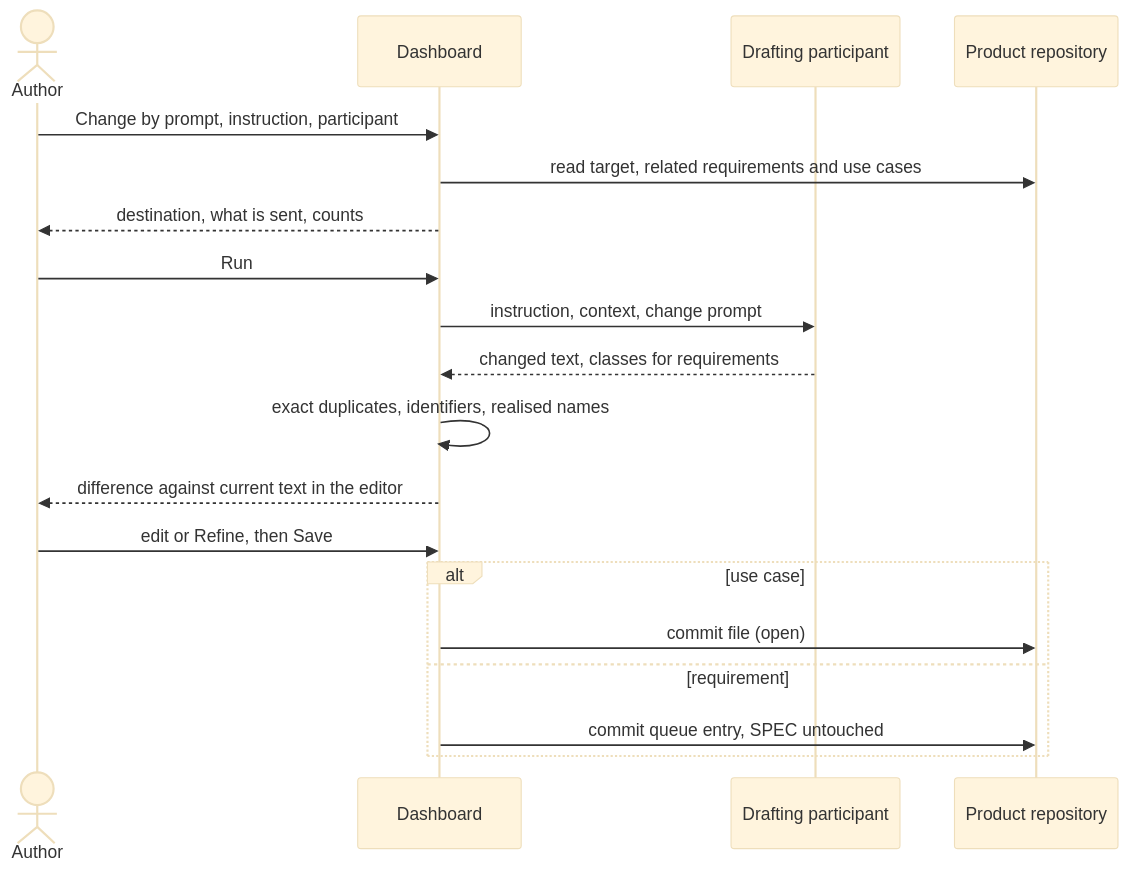
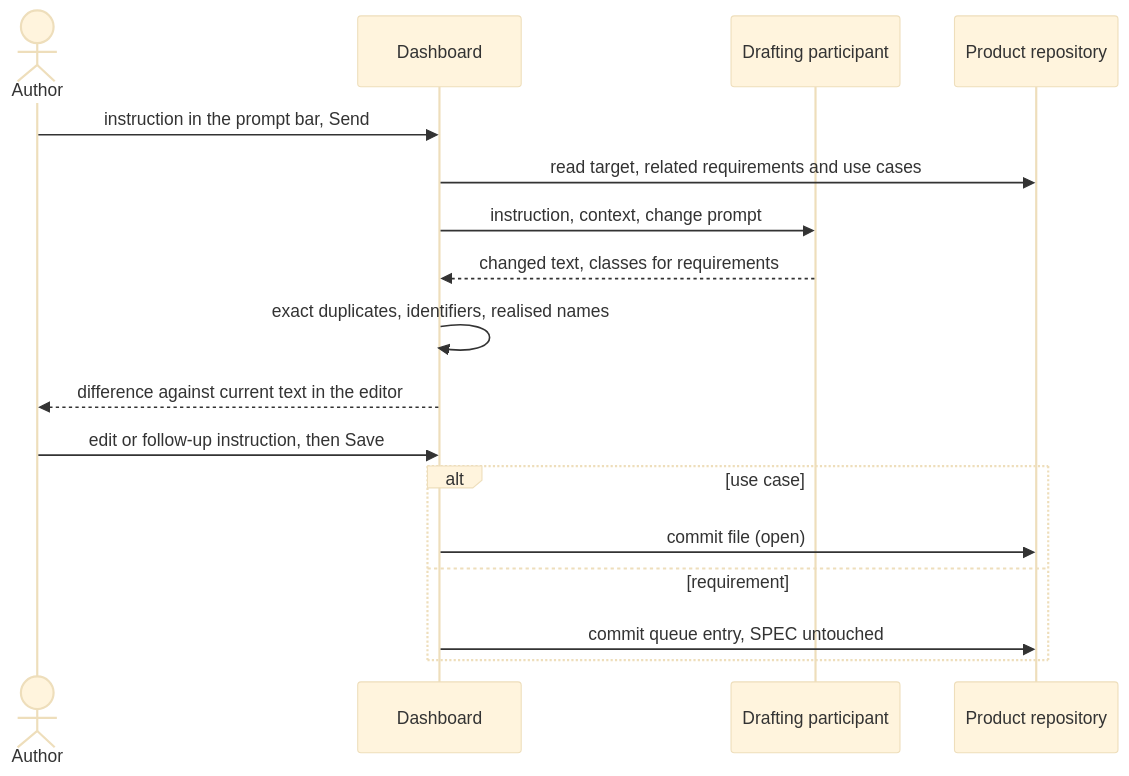
One commit to akmaier/agent-m changed the diagram in docs/use-cases/UC-019-change-a-specification-or-use-case-by-prompt.md. Above: the diagram before and after it, drawn with Mermaid (base theme). The commit also changed other lines of this file and 26 other files, not shown here.

First line of the commit message:
The prompt bar: SPEC queue 2026-10-15, UC-049 and six use cases, for akmaier's acceptance

````diff
--- a/docs/use-cases/UC-019-change-a-specification-or-use-case-by-prompt.md
+++ b/docs/use-cases/UC-019-change-a-specification-or-use-case-by-prompt.md
@@ -116,21 +117,19 @@
 ```mermaid
 sequenceDiagram
     actor A as Author
     participant D as Dashboard
     participant P as Drafting participant
     participant G as Product repository
-    A->>D: Change by prompt, instruction, participant
+    A->>D: instruction in the prompt bar, Send
     D->>G: read target, related requirements and use cases
-    D-->>A: destination, what is sent, counts
-    A->>D: Run
     D->>P: instruction, context, change prompt
     P-->>D: changed text, classes for requirements
     D->>D: exact duplicates, identifiers, realised names
     D-->>A: difference against current text in the editor
-    A->>D: edit or Refine, then Save
+    A->>D: edit or follow-up instruction, then Save
     alt use case
         D->>G: commit file (open)
     else requirement
         D->>G: commit queue entry, SPEC untouched
     end
 ```
````
